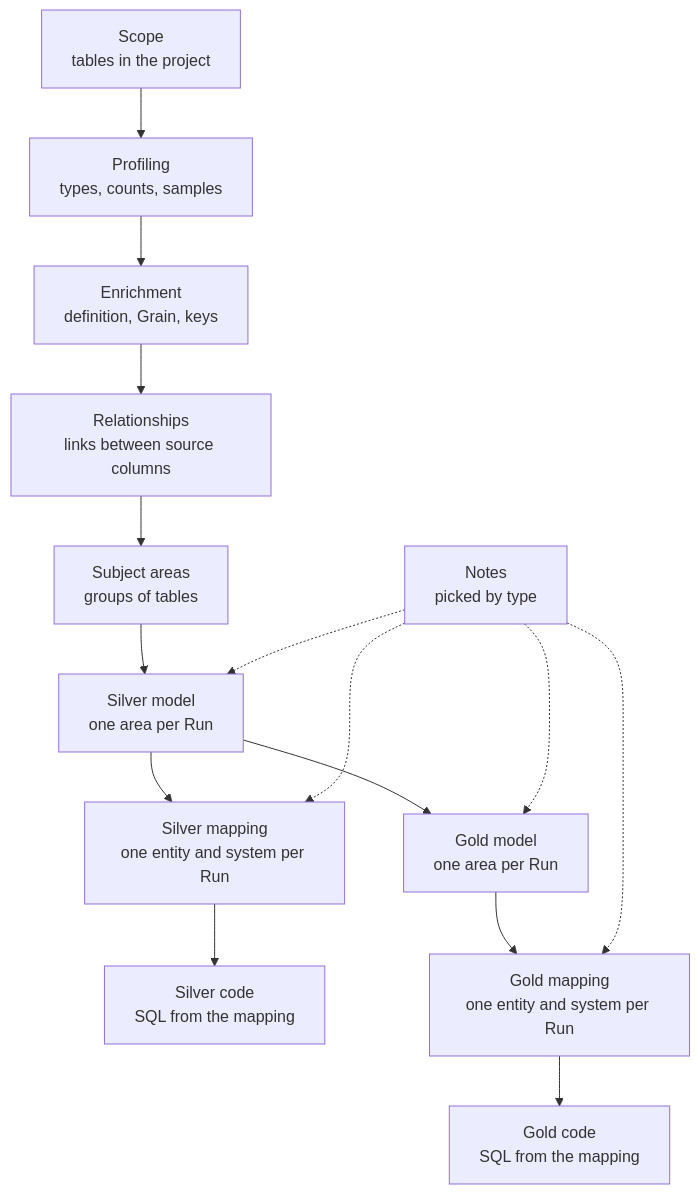
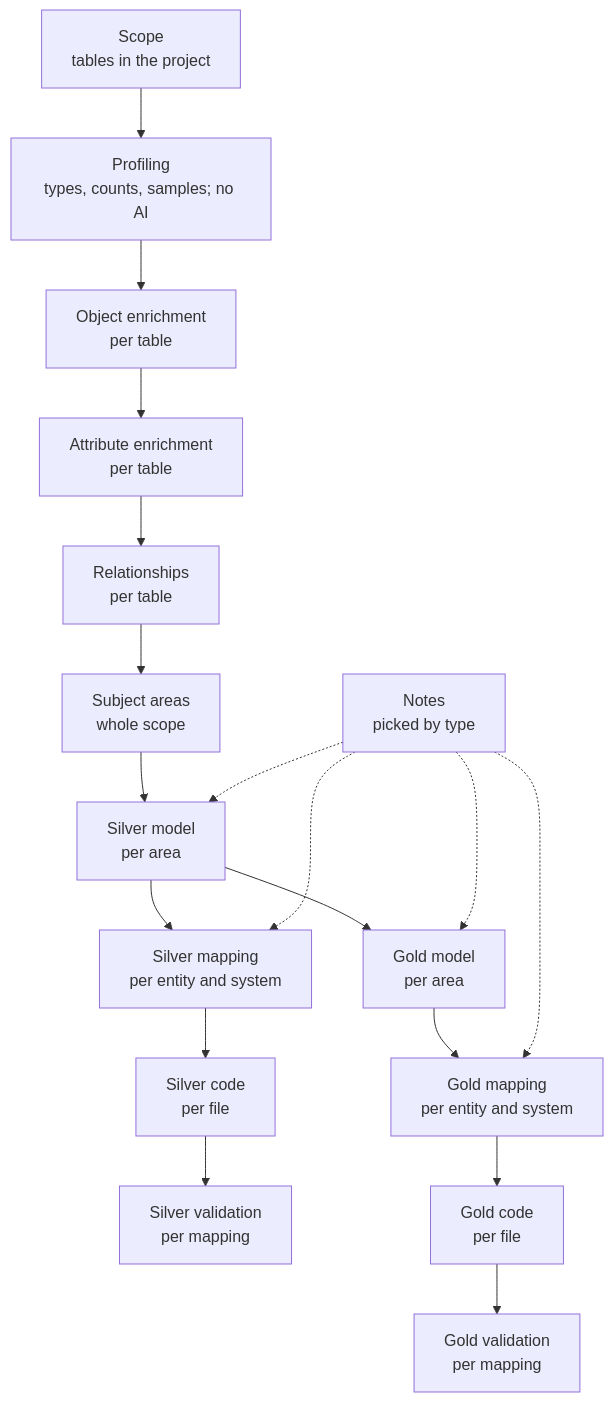
Before and after one commit to maazuddinmohammed/gds_workbench_v3: the diagram in design/overview/path.md, drawn with Mermaid. The commit also changed other lines of this file and 43 other files, not shown here.

````diff
--- a/design/overview/path.md
+++ b/design/overview/path.md
@@ -7,17 +7,20 @@
 ```mermaid
 flowchart TD
-    SCOPE["Scope<br/>tables in the project"] --> PROF["Profiling<br/>types, counts, samples"]
-    PROF --> ENR["Enrichment<br/>definition, Grain, keys"]
-    ENR --> REL["Relationships<br/>links between source columns"]
-    REL --> SA["Subject areas<br/>groups of tables"]
-    SA --> SM["Silver model<br/>one area per Run"]
-    SM --> SMAP["Silver mapping<br/>one entity and system per Run"]
-    SMAP --> SCODE["Silver code<br/>SQL from the mapping"]
-    SM --> GM["Gold model<br/>one area per Run"]
-    GM --> GMAP["Gold mapping<br/>one entity and system per Run"]
-    GMAP --> GCODE["Gold code<br/>SQL from the mapping"]
+    SCOPE["Scope<br/>tables in the project"] --> PROF["Profiling<br/>types, counts, samples; no AI"]
+    PROF --> OE["Object enrichment<br/>per table"]
+    OE --> AE["Attribute enrichment<br/>per table"]
+    AE --> REL["Relationships<br/>per table"]
+    REL --> SA["Subject areas<br/>whole scope"]
+    SA --> SM["Silver model<br/>per area"]
+    SM --> SMAP["Silver mapping<br/>per entity and system"]
+    SMAP --> SCODE["Silver code<br/>per file"]
+    SCODE --> SVAL["Silver validation<br/>per mapping"]
+    SM --> GM["Gold model<br/>per area"]
+    GM --> GMAP["Gold mapping<br/>per entity and system"]
+    GMAP --> GCODE["Gold code<br/>per file"]
+    GCODE --> GVAL["Gold validation<br/>per mapping"]
     NOTES["Notes<br/>picked by type"] -.-> SM
     NOTES -.-> GM
     NOTES -.-> SMAP
     NOTES -.-> GMAP
 ```
````
